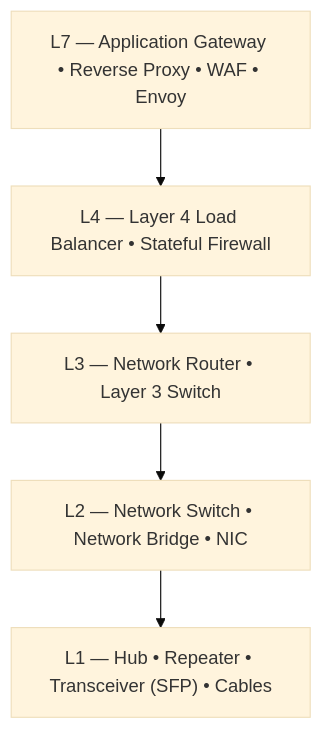
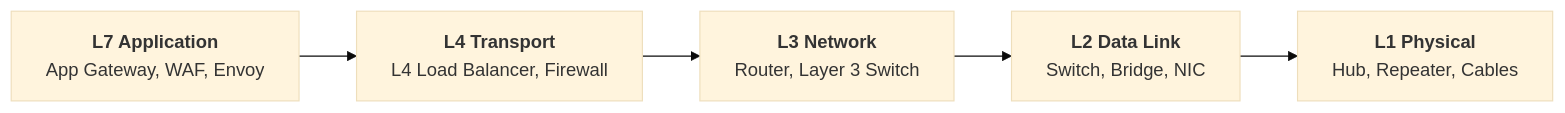
Before and after one commit to rohithgowda18/Notes: the fourth of 5 diagrams in 03-Computer-Networks/OSI-Model-7-Layers.md, drawn with Mermaid (base theme). The commit also changed other lines of this file, not shown here.

Commit message:
style: convert 7-layer architecture and devices diagrams to horizontal flowchart LR layout

````diff
--- a/03-Computer-Networks/OSI-Model-7-Layers.md
+++ b/03-Computer-Networks/OSI-Model-7-Layers.md
@@ -358,10 +358,10 @@
 ```mermaid
-flowchart TD
-    D7["L7 — Application Gateway • Reverse Proxy • WAF • Envoy"]
-    D4["L4 — Layer 4 Load Balancer • Stateful Firewall"]
-    D3["L3 — Network Router • Layer 3 Switch"]
-    D2["L2 — Network Switch • Network Bridge • NIC"]
-    D1["L1 — Hub • Repeater • Transceiver (SFP) • Cables"]
+flowchart LR
+    D7["<b>L7 Application</b><br/>App Gateway, WAF, Envoy"]
+    D4["<b>L4 Transport</b><br/>L4 Load Balancer, Firewall"]
+    D3["<b>L3 Network</b><br/>Router, Layer 3 Switch"]
+    D2["<b>L2 Data Link</b><br/>Switch, Bridge, NIC"]
+    D1["<b>L1 Physical</b><br/>Hub, Repeater, Cables"]
 
     D7 --> D4 --> D3 --> D2 --> D1
 ```
````
